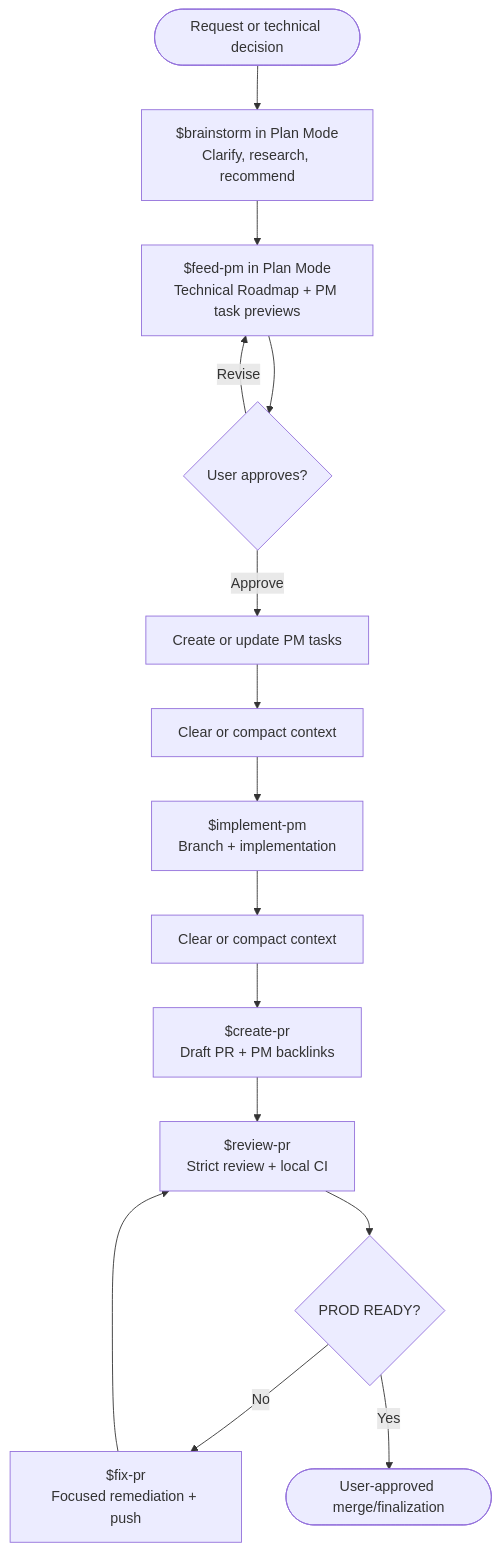
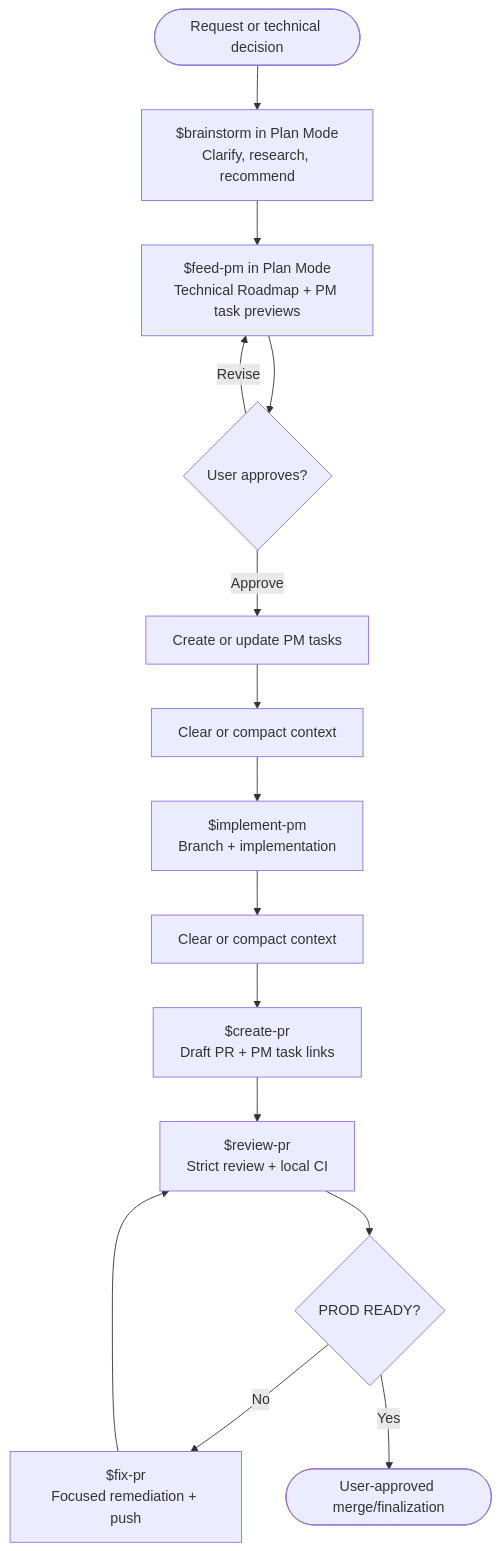
Before and after one commit to mvagnon/plan-based-agentic-workflow: the first of 2 diagrams in README.md, drawn with Mermaid. The commit also changed other lines of this file and 7 other files, not shown here.

````diff
--- a/README.md
+++ b/README.md
@@ -23,17 +23,17 @@
 ```mermaid
 flowchart TD
     A([Request or technical decision]) --> B["$brainstorm in Plan Mode<br/>Clarify, research, recommend"]
     B --> C["$feed-pm in Plan Mode<br/>Technical Roadmap + PM task previews"]
     C --> D{"User approves?"}
     D -->|Revise| C
     D -->|Approve| E["Create or update PM tasks"]
     E --> F["Clear or compact context"]
     F --> G["$implement-pm<br/>Branch + implementation"]
     G --> H["Clear or compact context"]
-    H --> I["$create-pr<br/>Draft PR + PM backlinks"]
+    H --> I["$create-pr<br/>Draft PR + PM task links"]
     I --> J["$review-pr<br/>Strict review + local CI"]
     J --> K{"PROD READY?"}
     K -->|No| L["$fix-pr<br/>Focused remediation + push"]
     L --> J
     K -->|Yes| M([User-approved merge/finalization])
 ```
````
